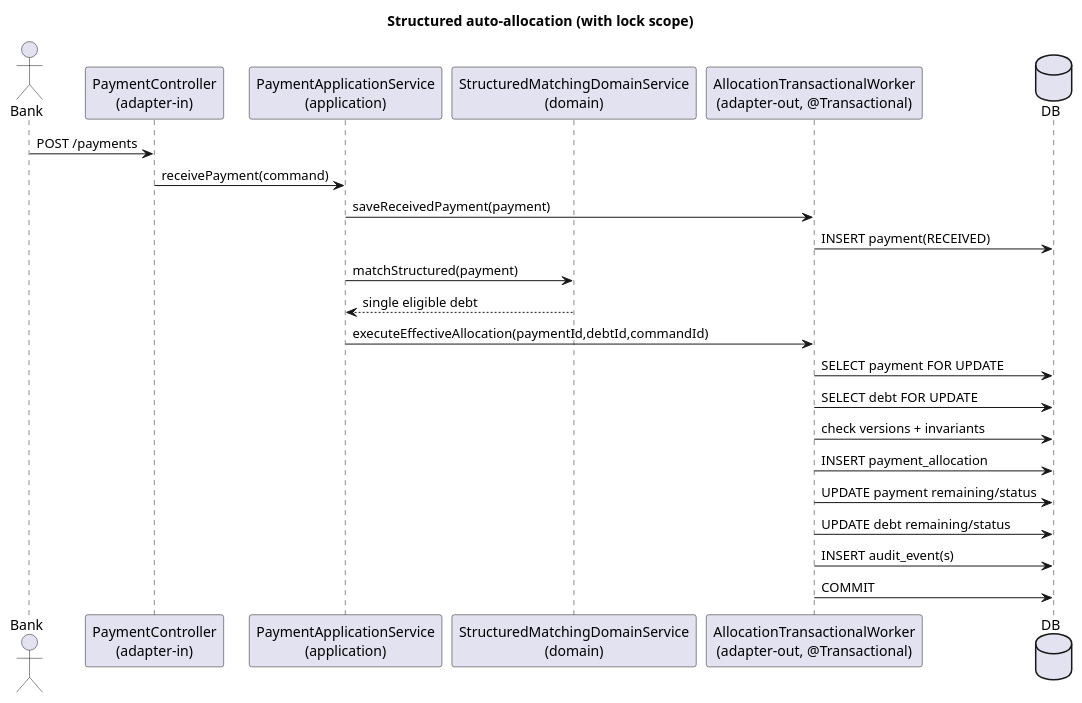
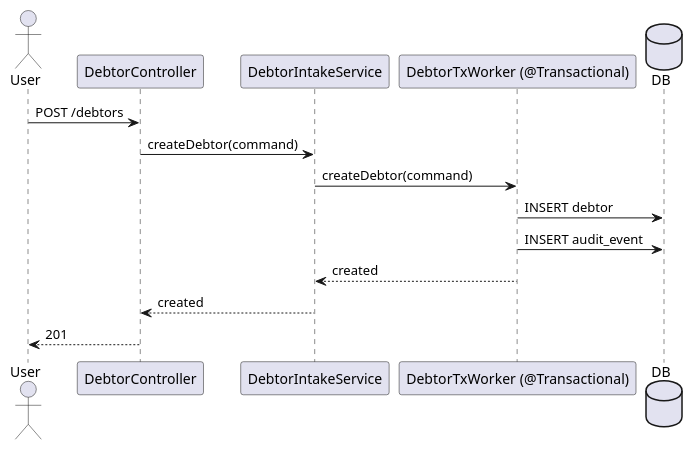
The second of 4 diagrams in .opencode/plans/architecture-plan.md (jfmauro/allocation), drawn with PlantUML before and after one commit. The commit also changed other lines of this file and 145 other files, not shown here.

````diff
--- a/.opencode/plans/architecture-plan.md
+++ b/.opencode/plans/architecture-plan.md
@@ -193,27 +171,18 @@
 ```plantuml
 @startuml
-title Structured auto-allocation (with lock scope)
-actor Bank
-participant "PaymentController\n(adapter-in)" as API
-participant "PaymentApplicationService\n(application)" as APP
-participant "StructuredMatchingDomainService\n(domain)" as SM
-participant "AllocationTransactionalWorker\n(adapter-out, @Transactional)" as W
-database "DB" as DB
+actor User
+participant DebtorController
+participant DebtorIntakeService
+participant DebtorTxWorker as "DebtorTxWorker (@Transactional)"
+database DB
 
-Bank -> API: POST /payments
-API -> APP: receivePayment(command)
-APP -> W: saveReceivedPayment(payment)
-W -> DB: INSERT payment(RECEIVED)
-APP -> SM: matchStructured(payment)
-SM --> APP: single eligible debt
-APP -> W: executeEffectiveAllocation(paymentId,debtId,commandId)
-W -> DB: SELECT payment FOR UPDATE
-W -> DB: SELECT debt FOR UPDATE
-W -> DB: check versions + invariants
-W -> DB: INSERT payment_allocation
-W -> DB: UPDATE payment remaining/status
-W -> DB: UPDATE debt remaining/status
-W -> DB: INSERT audit_event(s)
-W -> DB: COMMIT
+User -> DebtorController: POST /debtors
+DebtorController -> DebtorIntakeService: createDebtor(command)
+DebtorIntakeService -> DebtorTxWorker: createDebtor(command)
+DebtorTxWorker -> DB: INSERT debtor
+DebtorTxWorker -> DB: INSERT audit_event
+DebtorTxWorker --> DebtorIntakeService: created
+DebtorIntakeService --> DebtorController: created
+DebtorController --> User: 201
 @enduml
 ```
````
